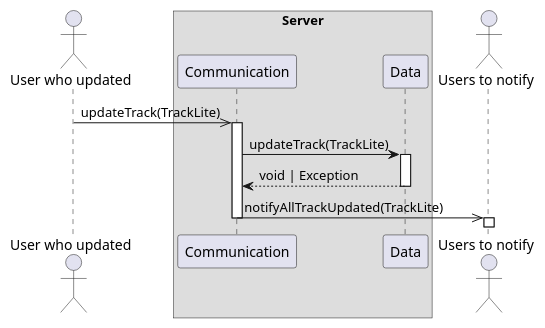
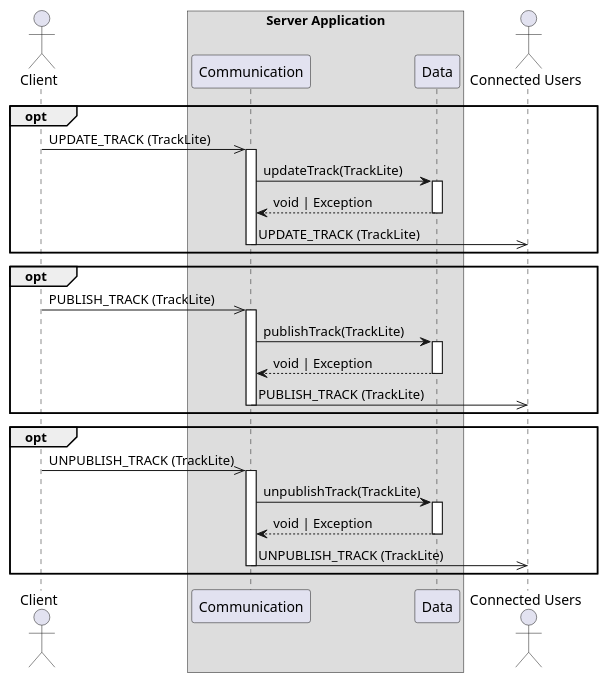
The diagram in sequence/2.3.update_music_file_server.puml (UTCAI12/Diagrams), drawn with PlantUML before and after one commit. The commit also changed 6 other files, not shown here.

```diff
--- a/sequence/2.3.update_music_file_server.puml
+++ b/sequence/2.3.update_music_file_server.puml
@@ -1,20 +1,33 @@
-@startuml Edit Track (server side)
-actor "User who updated" as User1
-box Server
-    participant Communication
-    participant Data
+@startuml  2.3 User edit the music file information (server side)
+actor "Client" as client
+box "Server Application"
+    participant Communication as com
+    participant Data as data
 end box
-actor "Users to notify" as User2
+actor "Connected Users" as connected
 
-User1 ->> Communication : updateTrack(TrackLite)
-activate Communication
-Communication -> Data : updateTrack(TrackLite)
-activate Data
-Data --> Communication : void | Exception
-deactivate Data
 
-Communication ->> User2 : notifyAllTrackUpdated(TrackLite)
-deactivate Communication
-activate User2
+opt 
+    client ->> com++:  UPDATE_TRACK (TrackLite) 
+    com -> data++: updateTrack(TrackLite)
+    return void | Exception
+    com->>connected: UPDATE_TRACK (TrackLite) 
+    deactivate com
+end
 
+opt 
+    client ->> com++:  PUBLISH_TRACK (TrackLite) 
+    com -> data++: publishTrack(TrackLite)
+    return void | Exception
+    com->>connected: PUBLISH_TRACK (TrackLite) 
+    deactivate com
+end
+
+opt 
+    client ->> com++:  UNPUBLISH_TRACK (TrackLite) 
+    com -> data++: unpublishTrack(TrackLite)
+    return void | Exception
+    com->>connected: UNPUBLISH_TRACK (TrackLite) 
+    deactivate com
+end
 @enduml
```
